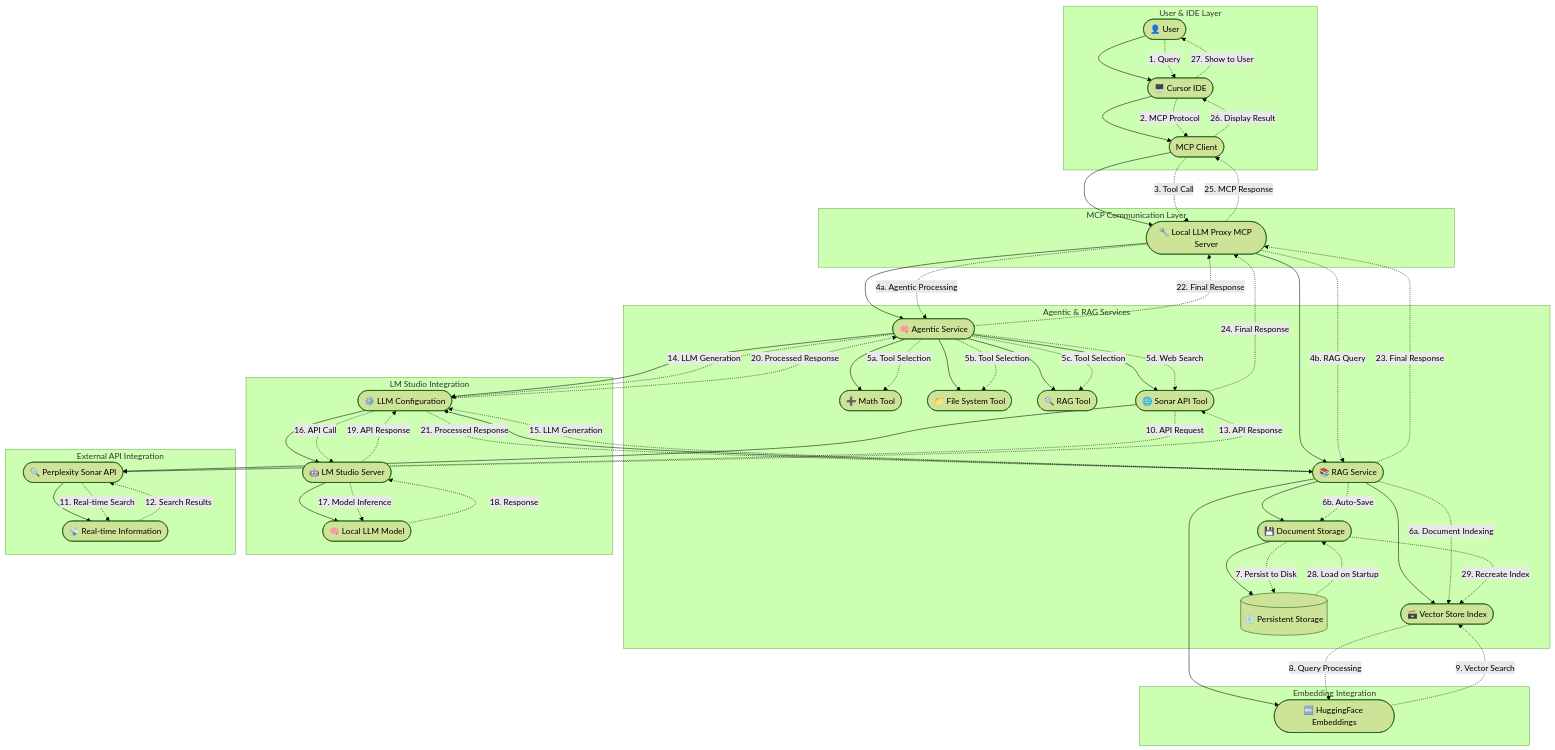
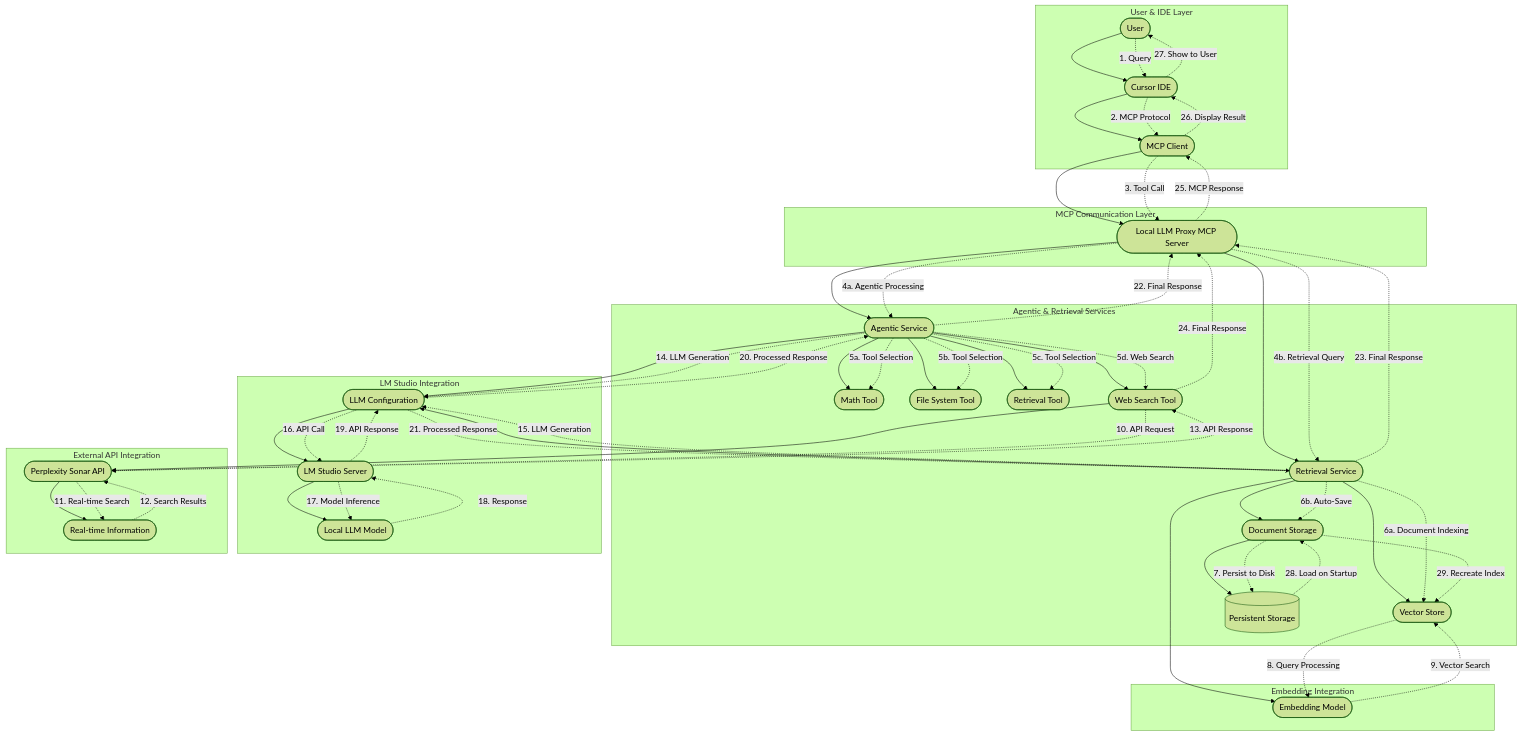
The diagram in README.md (Davz33/Cursor-Local-llm-MCP-proxy), drawn with Mermaid (forest theme) before and after one commit. The commit also changed other lines of this file and 2 other files, not shown here.

```diff
--- a/README.md
+++ b/README.md
@@ -16,42 +16,42 @@
 %%{init: {"flowchart": {"curve": "basis"}} }%%
 flowchart TB
     subgraph User_IDE_Layer [User & IDE Layer]
-        User([👤 User]) --> Cursor([🖥️ Cursor IDE])
+        User([User]) --> Cursor([Cursor IDE])
         Cursor --> MCPClient([MCP Client])
     end
 
     subgraph MCP_Layer [MCP Communication Layer]
-        MCPClient --> MCPServer([🔧 Local LLM Proxy MCP Server])
+        MCPClient --> MCPServer([Local LLM Proxy MCP Server])
     end
 
-    subgraph Services [Agentic & RAG Services]
-        MCPServer --> AgenticService([🧠 Agentic Service])
-        MCPServer --> RAGService([📚 RAG Service])
+    subgraph Services [Agentic & Retrieval Services]
+        MCPServer --> AgenticService([Agentic Service])
+        MCPServer --> RetrievalService([Retrieval Service])
 
-        AgenticService --> MathTool([➕ Math Tool])
-        AgenticService --> FileSystemTool([📁 File System Tool])
-        AgenticService --> RAGTool([🔍 RAG Tool])
-        AgenticService --> SonarTool([🌐 Sonar API Tool])
+        AgenticService --> MathTool([Math Tool])
+        AgenticService --> FileSystemTool([File System Tool])
+        AgenticService --> RetrievalTool([Retrieval Tool])
+        AgenticService --> SonarTool([Web Search Tool])
 
-        RAGService --> VectorIndex([🗃️ Vector Store Index])
-        RAGService --> DocumentStorage([💾 Document Storage])
-        DocumentStorage --> DiskStorage[(💿 Persistent Storage)]
+        RetrievalService --> VectorIndex([Vector Store])
+        RetrievalService --> DocumentStorage([Document Storage])
+        DocumentStorage --> DiskStorage[(Persistent Storage)]
     end
 
     subgraph LM_Studio [LM Studio Integration]
-        AgenticService --> LLMConfig([⚙️ LLM Configuration])
-        RAGService --> LLMConfig
-        LLMConfig --> LMStudio([🤖 LM Studio Server])
-        LMStudio --> LocalModel([🧠 Local LLM Model])
+        AgenticService --> LLMConfig([LLM Configuration])
+        RetrievalService --> LLMConfig
+        LLMConfig --> LMStudio([LM Studio Server])
+        LMStudio --> LocalModel([Local LLM Model])
     end
 
     subgraph Embeddings [Embedding Integration]
-        RAGService --> EmbeddingModel([🔤 HuggingFace Embeddings])
+        RetrievalService --> EmbeddingModel([Embedding Model])
     end
 
     subgraph External_APIs [External API Integration]
-        SonarTool --> SonarAPI([🔍 Perplexity Sonar API])
-        SonarAPI --> RealTimeData([📡 Real-time Information])
+        SonarTool --> SonarAPI([Perplexity Sonar API])
+        SonarAPI --> RealTimeData([Real-time Information])
     end
 
     User -.->|"1. Query"| Cursor
@@ -59,15 +59,15 @@
     MCPClient -.->|"3. Tool Call"| MCPServer
 
     MCPServer -.->|"4a. Agentic Processing"| AgenticService
-    MCPServer -.->|"4b. RAG Query"| RAGService
+    MCPServer -.->|"4b. Retrieval Query"| RetrievalService
 
     AgenticService -.->|"5a. Tool Selection"| MathTool
     AgenticService -.->|"5b. Tool Selection"| FileSystemTool
-    AgenticService -.->|"5c. Tool Selection"| RAGTool
+    AgenticService -.->|"5c. Tool Selection"| RetrievalTool
     AgenticService -.->|"5d. Web Search"| SonarTool
 
-    RAGService -.->|"6a. Document Indexing"| VectorIndex
-    RAGService -.->|"6b. Auto-Save"| DocumentStorage
+    RetrievalService -.->|"6a. Document Indexing"| VectorIndex
+    RetrievalService -.->|"6b. Auto-Save"| DocumentStorage
     DocumentStorage -.->|"7. Persist to Disk"| DiskStorage
 
     VectorIndex -.->|"8. Query Processing"| EmbeddingModel
@@ -79,17 +79,17 @@
     SonarAPI -.->|"13. API Response"| SonarTool
 
     AgenticService -.->|"14. LLM Generation"| LLMConfig
-    RAGService -.->|"15. LLM Generation"| LLMConfig
+    RetrievalService -.->|"15. LLM Generation"| LLMConfig
     LLMConfig -.->|"16. API Call"| LMStudio
     LMStudio -.->|"17. Model Inference"| LocalModel
 
     LocalModel -.->|"18. Response"| LMStudio
     LMStudio -.->|"19. API Response"| LLMConfig
     LLMConfig -.->|"20. Processed Response"| AgenticService
-    LLMConfig -.->|"21. Processed Response"| RAGService
+    LLMConfig -.->|"21. Processed Response"| RetrievalService
 
     AgenticService -.->|"22. Final Response"| MCPServer
-    RAGService -.->|"23. Final Response"| MCPServer
+    RetrievalService -.->|"23. Final Response"| MCPServer
     SonarTool -.->|"24. Final Response"| MCPServer
     MCPServer -.->|"25. MCP Response"| MCPClient
     MCPClient -.->|"26. Display Result"| Cursor
```
